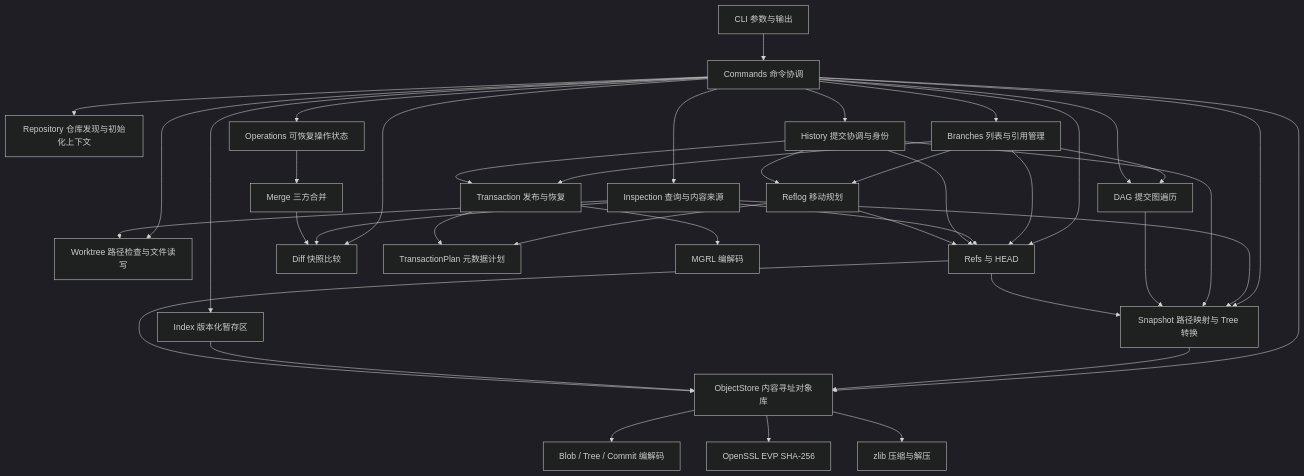
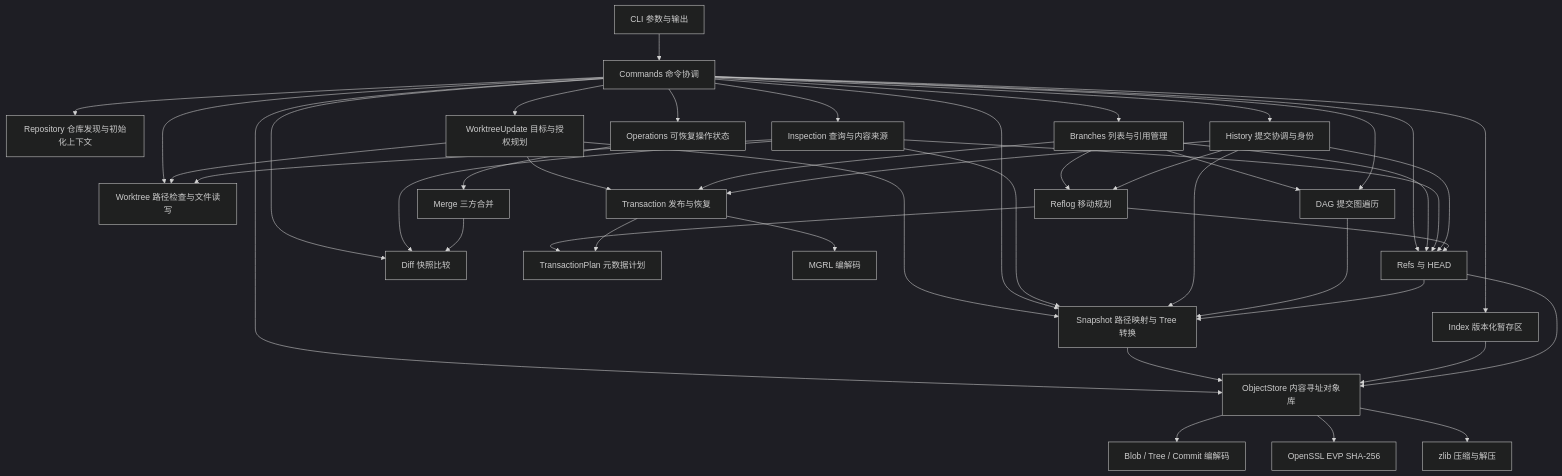
Before and after one commit to Always1010/MiniGit: the first of 7 diagrams in docs/architecture.md, drawn with Mermaid (dark theme). The commit also changed other lines of this file and 9 other files, not shown here.

````diff
--- a/docs/architecture.md
+++ b/docs/architecture.md
@@ -9,42 +9,46 @@
 ```mermaid
 flowchart TD
     CLI[CLI 参数与输出] --> Commands[Commands 命令协调]
     Commands --> Repo[Repository 仓库发现与初始化上下文]
     Commands --> Worktree[Worktree 路径检查与文件读写]
+    Commands --> WorktreeUpdate[WorktreeUpdate 目标与授权规划]
+    WorktreeUpdate --> Worktree
+    WorktreeUpdate --> Snapshot
+    WorktreeUpdate --> Transaction
     Commands --> Index[Index 版本化暂存区]
     Commands --> Refs[Refs 与 HEAD]
     Commands --> Branches[Branches 列表与引用管理]
     Branches --> Refs
     Branches --> DAG
     Branches --> Reflog
     Branches --> Transaction
     Commands --> History[History 提交协调与身份]
     Commands --> DAG[DAG 提交图遍历]
     Commands --> Snapshot[Snapshot 路径映射与 Tree 转换]
     Commands --> Diff[Diff 快照比较]
     Commands --> Inspection[Inspection 查询与内容来源]
     Inspection --> Diff
     Inspection --> Snapshot
     Inspection --> Refs
     Inspection --> Worktree
     Commands --> Operations[Operations 可恢复操作状态]
     Commands --> Objects[ObjectStore 内容寻址对象库]
     Operations --> Merge[Merge 三方合并]
     Merge --> Diff
     History --> Refs
     History --> Snapshot
     History --> Reflog[Reflog 移动规划]
     History --> Transaction[Transaction 发布与恢复]
     Reflog --> Refs
     Reflog --> Plan[TransactionPlan 元数据计划]
     Transaction --> Plan
     Transaction --> LogCodec[MGRL 编解码]
     DAG --> Snapshot
     Refs --> Snapshot
     Snapshot --> Objects
     Index --> Objects
     Refs --> Objects
     Objects --> Codec[Blob / Tree / Commit 编解码]
     Objects --> Hash[OpenSSL EVP SHA-256]
     Objects --> Compression[zlib 压缩与解压]
 ```
````
